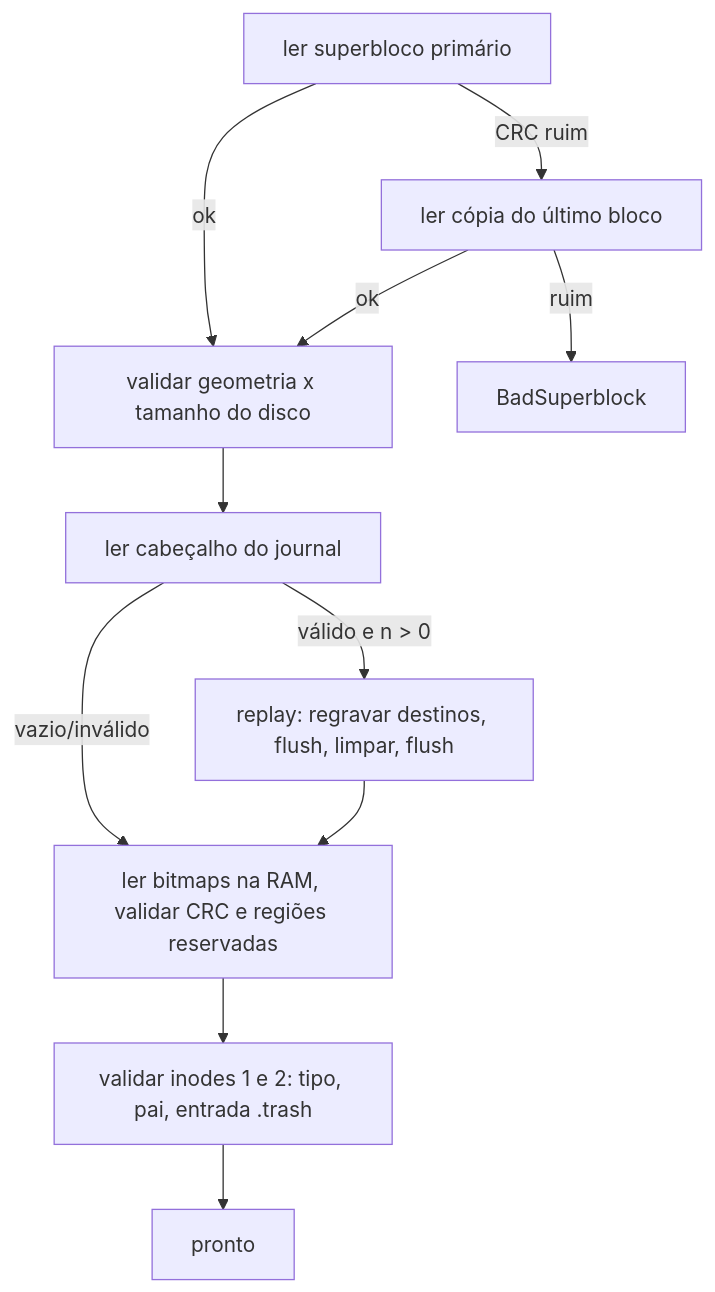
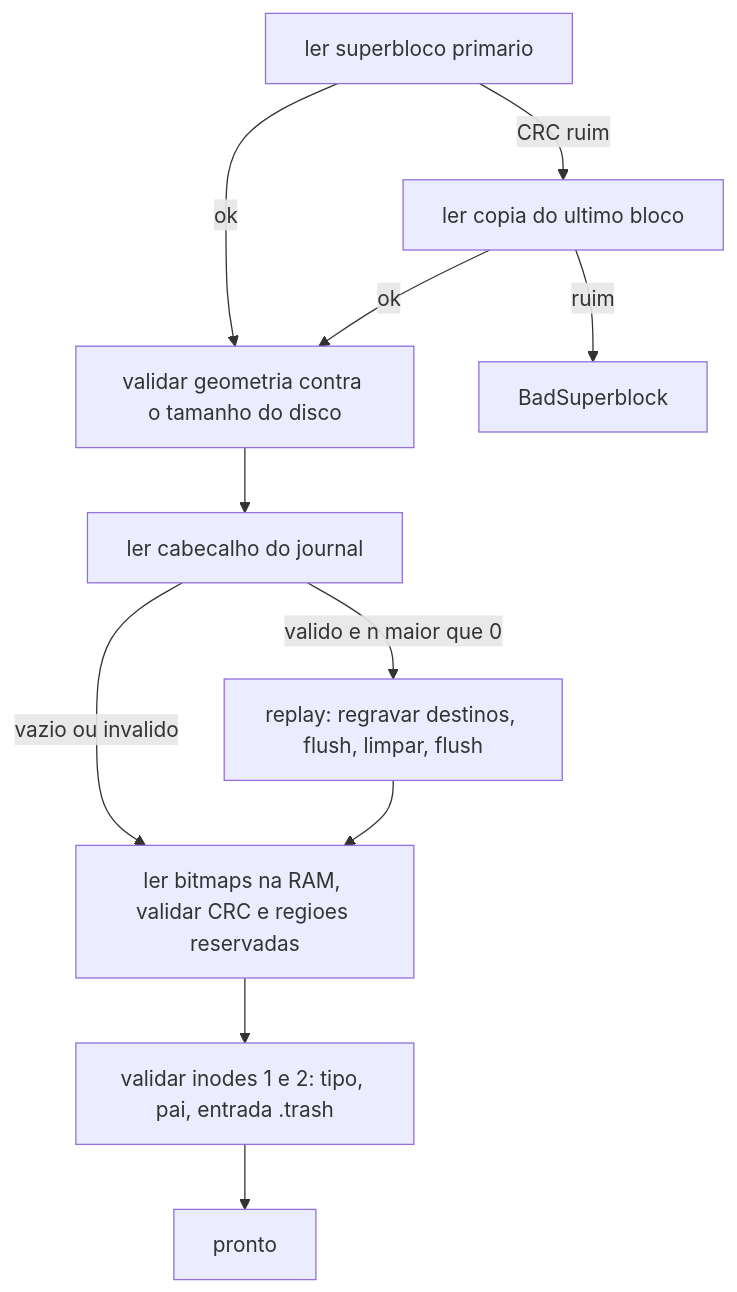
Before and after one commit to Jeffinp/OSjeff: the third of 4 diagrams in docs/design/ojfs3.md, drawn with Mermaid. The commit also changed other lines of this file, not shown here.

````diff
--- a/docs/design/ojfs3.md
+++ b/docs/design/ojfs3.md
@@ -268,13 +268,13 @@
 ```mermaid
 flowchart TD
-  A[ler superbloco primário] -->|CRC ruim| B[ler cópia do último bloco]
-  A -->|ok| C
-  B -->|ruim| X[BadSuperblock]
-  B -->|ok| C[validar geometria x tamanho do disco]
-  C --> D[ler cabeçalho do journal]
-  D -->|válido e n > 0| E[replay: regravar destinos, flush, limpar, flush]
-  D -->|vazio/inválido| F
-  E --> F[ler bitmaps na RAM, validar CRC e regiões reservadas]
-  F --> G[validar inodes 1 e 2: tipo, pai, entrada .trash]
-  G --> H[pronto]
+  A["ler superbloco primario"] -->|"CRC ruim"| B["ler copia do ultimo bloco"]
+  A -->|"ok"| C
+  B -->|"ruim"| X["BadSuperblock"]
+  B -->|"ok"| C["validar geometria contra o tamanho do disco"]
+  C --> D["ler cabecalho do journal"]
+  D -->|"valido e n maior que 0"| E["replay: regravar destinos, flush, limpar, flush"]
+  D -->|"vazio ou invalido"| F
+  E --> F["ler bitmaps na RAM, validar CRC e regioes reservadas"]
+  F --> G["validar inodes 1 e 2: tipo, pai, entrada .trash"]
+  G --> H["pronto"]
 ```
````
